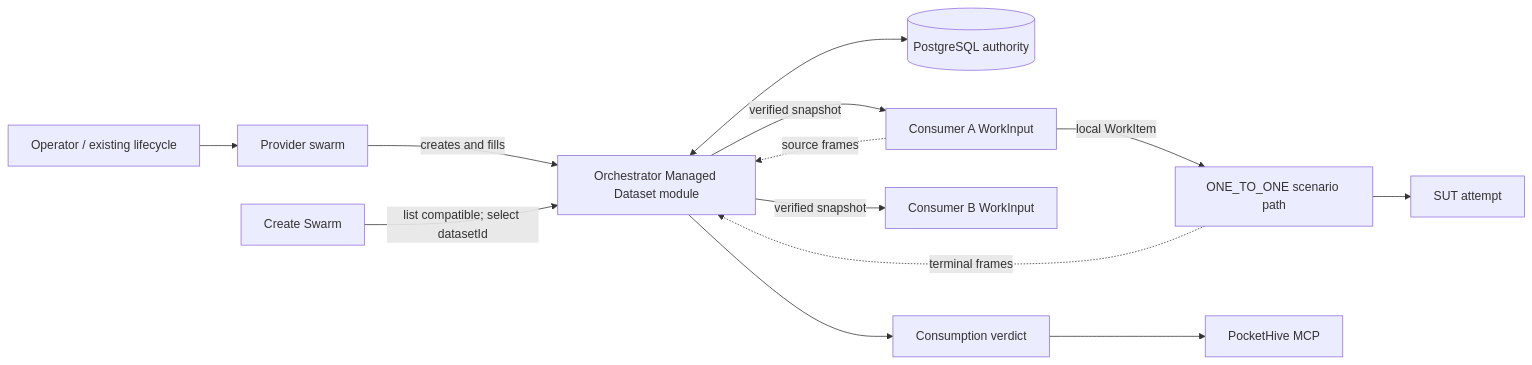
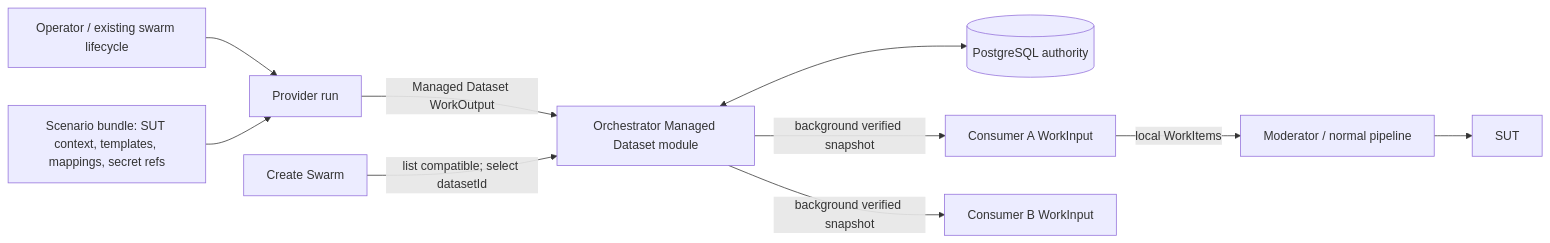
Before and after one commit to sepa79/PocketHive: the diagram in docs/inProgress/managed-test-data-lifecycle-generic-spec.md, drawn with Mermaid. The commit also changed other lines of this file and 3 other files, not shown here.

````diff
--- a/docs/inProgress/managed-test-data-lifecycle-generic-spec.md
+++ b/docs/inProgress/managed-test-data-lifecycle-generic-spec.md
@@ -107,16 +104,12 @@
 ```mermaid
 flowchart LR
-  OP["Operator / existing lifecycle"] --> PROVIDER["Provider swarm"]
-  PROVIDER -->|creates and fills| API["Orchestrator Managed Dataset module"]
-  API <--> PG[("PostgreSQL authority")]
-  CREATE["Create Swarm"] -->|list compatible; select datasetId| API
-  API -->|verified snapshot| C1["Consumer A WorkInput"]
-  API -->|verified snapshot| C2["Consumer B WorkInput"]
-  C1 -->|local WorkItem| PATH["ONE_TO_ONE scenario path"]
-  PATH --> SUT["SUT attempt"]
-
-  C1 -. source frames .-> API
-  PATH -. terminal frames .-> API
-  API --> VERDICT["Consumption verdict"]
-  VERDICT --> MCP["PocketHive MCP"]
+  OP["Operator / existing swarm lifecycle"] --> P["Provider run"]
+  B["Scenario bundle: SUT context, templates, mappings, secret refs"] --> P
+  P -->|"Managed Dataset WorkOutput"| MD["Orchestrator Managed Dataset module"]
+  MD <--> PG[("PostgreSQL authority")]
+  CS["Create Swarm"] -->|"list compatible; select datasetId"| MD
+  MD -->|"background verified snapshot"| C1["Consumer A WorkInput"]
+  MD -->|"background verified snapshot"| C2["Consumer B WorkInput"]
+  C1 -->|"local WorkItems"| M["Moderator / normal pipeline"]
+  M --> SUT["SUT"]
 ```
````
